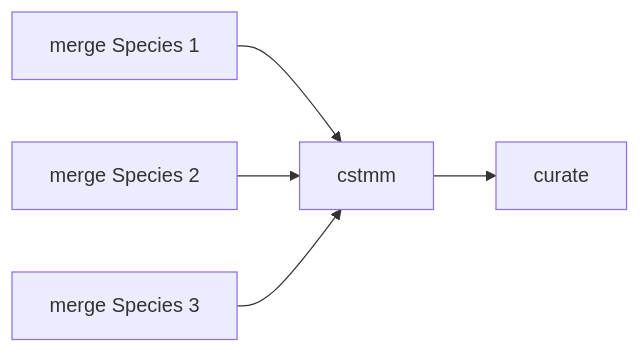
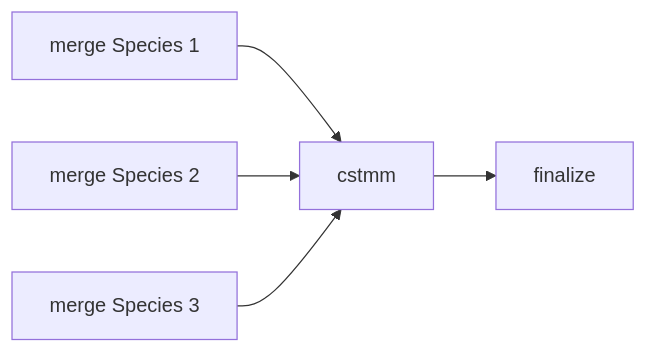
The diagram in docs/rna/amalgkit/steps/08_cstmm.md (docxology/MetaInformAnt), drawn with Mermaid before and after one commit. The commit also changed other lines of this file and 448 other files, not shown here.

````diff
--- a/docs/rna/amalgkit/steps/08_cstmm.md
+++ b/docs/rna/amalgkit/steps/08_cstmm.md
@@ -147,7 +153,7 @@
 ```mermaid
 flowchart LR
     AmergeSpecies1[merge Species 1] --> B[cstmm]
     CmergeSpecies2[merge Species 2] --> B
     DmergeSpecies3[merge Species 3] --> B
-    B --> E[curate]
+    B --> E[finalize]
 ```
````
